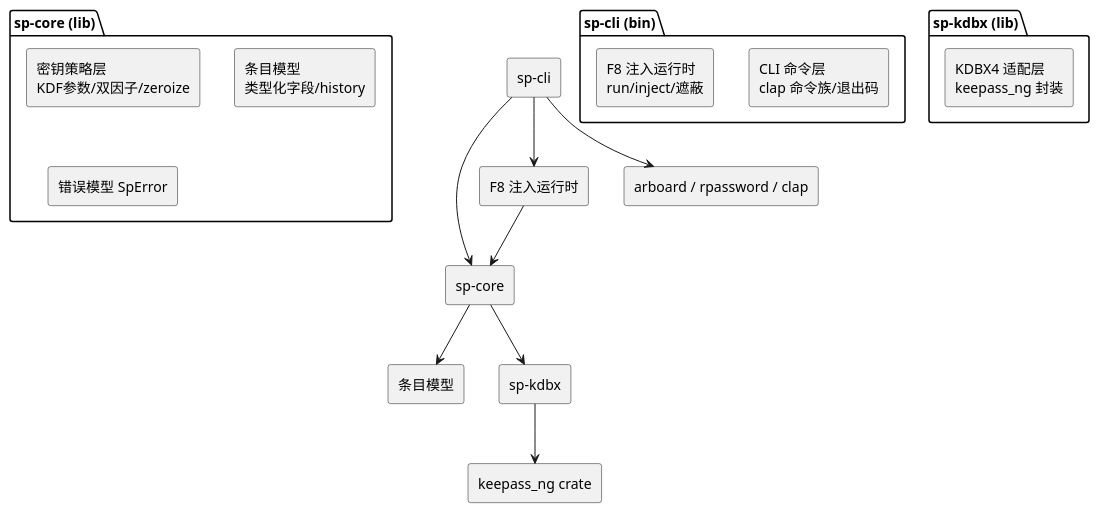
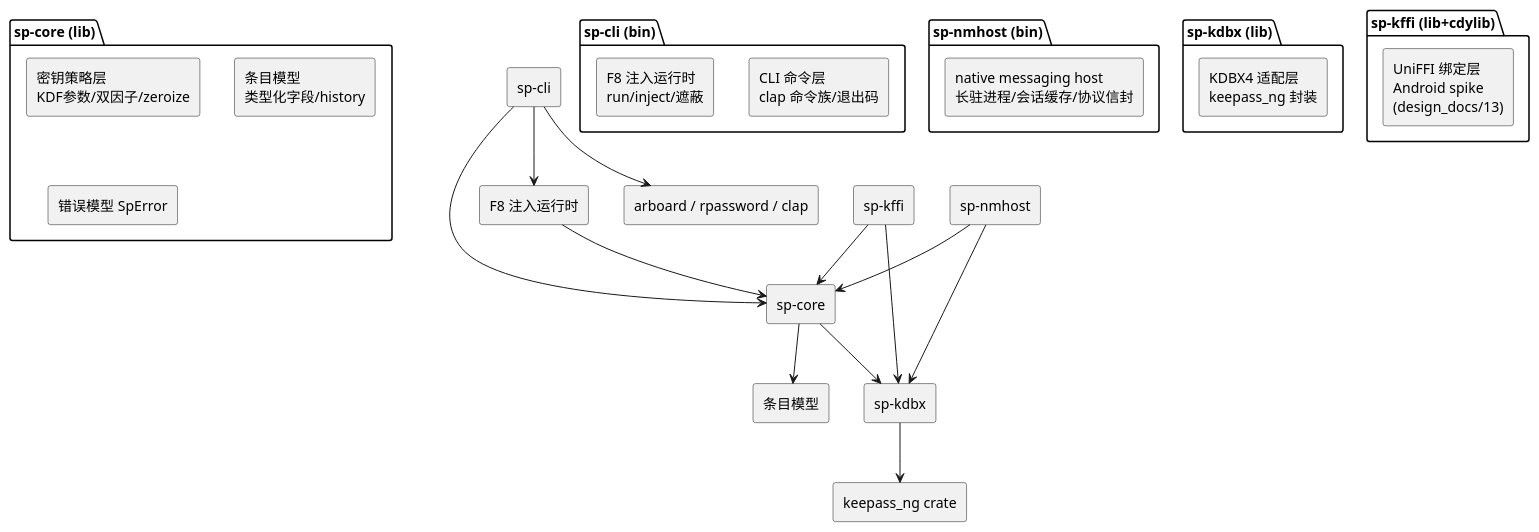
The second of 2 diagrams in design_docs/00_架构总览.md (jxsword/SuperPasswdKey), drawn with PlantUML before and after one commit. The commit also changed other lines of this file and 5 other files, not shown here.

First line of the commit message:
docs(spike): sync architecture overview, README, SRS roadmap, git-flow doc with android spike state

````diff
--- a/design_docs/00_架构总览.md
+++ b/design_docs/00_架构总览.md
@@ -22,24 +25,34 @@
 ```plantuml
 @startuml
 skinparam componentStyle rectangle
 package "sp-cli (bin)" {
   [CLI 命令层\nclap 命令族/退出码]
   [F8 注入运行时\nrun/inject/遮蔽]
+}
+package "sp-nmhost (bin)" {
+  [native messaging host\n长驻进程/会话缓存/协议信封]
 }
 package "sp-core (lib)" {
   [密钥策略层\nKDF参数/双因子/zeroize]
   [条目模型\n类型化字段/history]
   [错误模型 SpError]
 }
 package "sp-kdbx (lib)" {
   [KDBX4 适配层\nkeepass_ng 封装]
 }
+package "sp-kffi (lib+cdylib)" {
+  [UniFFI 绑定层\nAndroid spike\n(design_docs/13)]
+}
 [sp-cli] --> [sp-core]
 [sp-cli] --> [F8 注入运行时]
 [F8 注入运行时] --> [sp-core]
 [sp-core] --> [条目模型]
 [sp-kdbx] --> [keepass_ng crate]
 [sp-core] --> [sp-kdbx]
+[sp-nmhost] --> [sp-core]
+[sp-nmhost] --> [sp-kdbx]
+[sp-kffi] --> [sp-core]
+[sp-kffi] --> [sp-kdbx]
 [sp-cli] --> [arboard / rpassword / clap]
 @enduml
 ```
````
